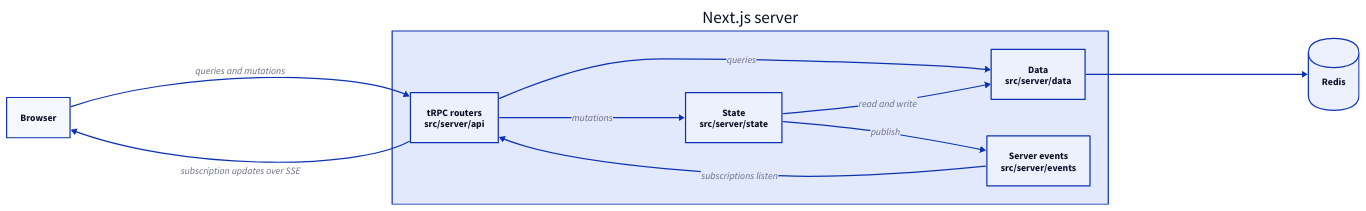
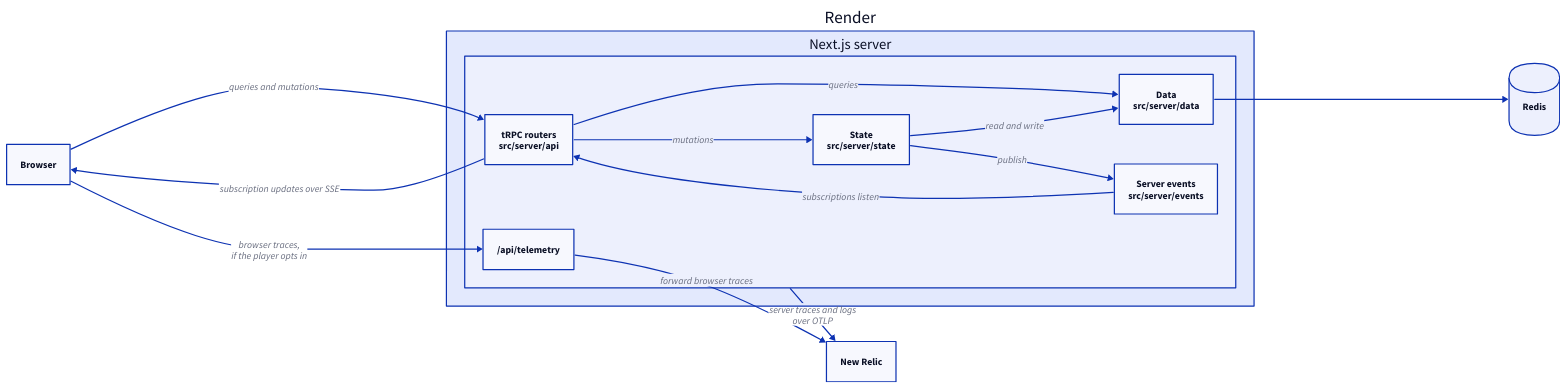
One commit to alastair-smith/card-games changed the diagram in apps/docs/diagrams/architecture/high-level.d2. Above: the diagram before and after it, drawn with D2. The commit also changed 6 other files, not shown here.

First line of the commit message:
📚 Add a lobby lifecycle diagram and hosting to the architecture diagram

```diff
--- a/apps/docs/diagrams/architecture/high-level.d2
+++ b/apps/docs/diagrams/architecture/high-level.d2
@@ -1,24 +1,32 @@
 direction: right
 
 browser: Browser
 
-server: Next.js server {
-  api: "tRPC routers\nsrc/server/api"
-  state: "State\nsrc/server/state"
-  data: "Data\nsrc/server/data"
-  events: "Server events\nsrc/server/events"
+render: Render {
+  server: Next.js server {
+    api: "tRPC routers\nsrc/server/api"
+    state: "State\nsrc/server/state"
+    data: "Data\nsrc/server/data"
+    events: "Server events\nsrc/server/events"
+    telemetry: "/api/telemetry"
 
-  api -> state: mutations
-  api -> data: queries
-  state -> data: read and write
-  state -> events: publish
-  events -> api: subscriptions listen
+    api -> state: mutations
+    api -> data: queries
+    state -> data: read and write
+    state -> events: publish
+    events -> api: subscriptions listen
+  }
 }
 
 redis: Redis {
   shape: cylinder
 }
 
-browser -> server.api: queries and mutations
-server.api -> browser: subscription updates over SSE
-server.data -> redis
+new-relic: New Relic
+
+browser -> render.server.api: queries and mutations
+render.server.api -> browser: subscription updates over SSE
+browser -> render.server.telemetry: "browser traces,\nif the player opts in"
+render.server.data -> redis
+render.server -> new-relic: "server traces and logs\nover OTLP"
+render.server.telemetry -> new-relic: forward browser traces
```
